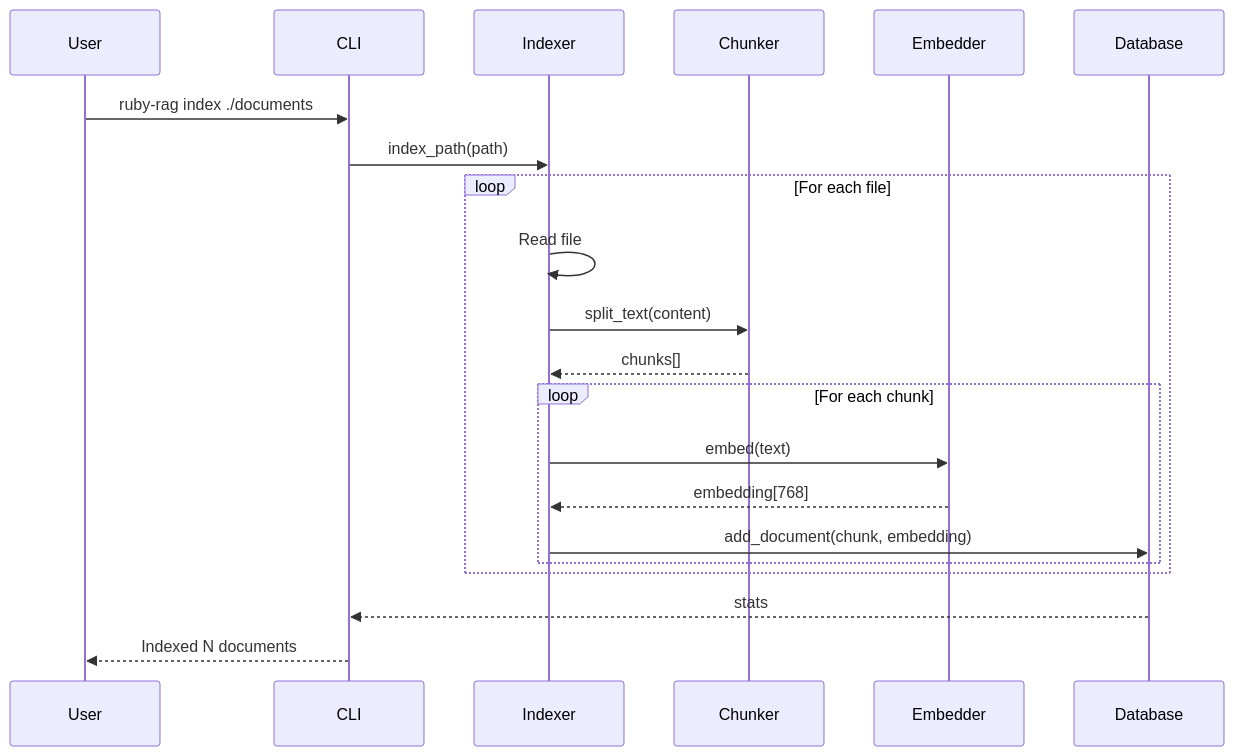
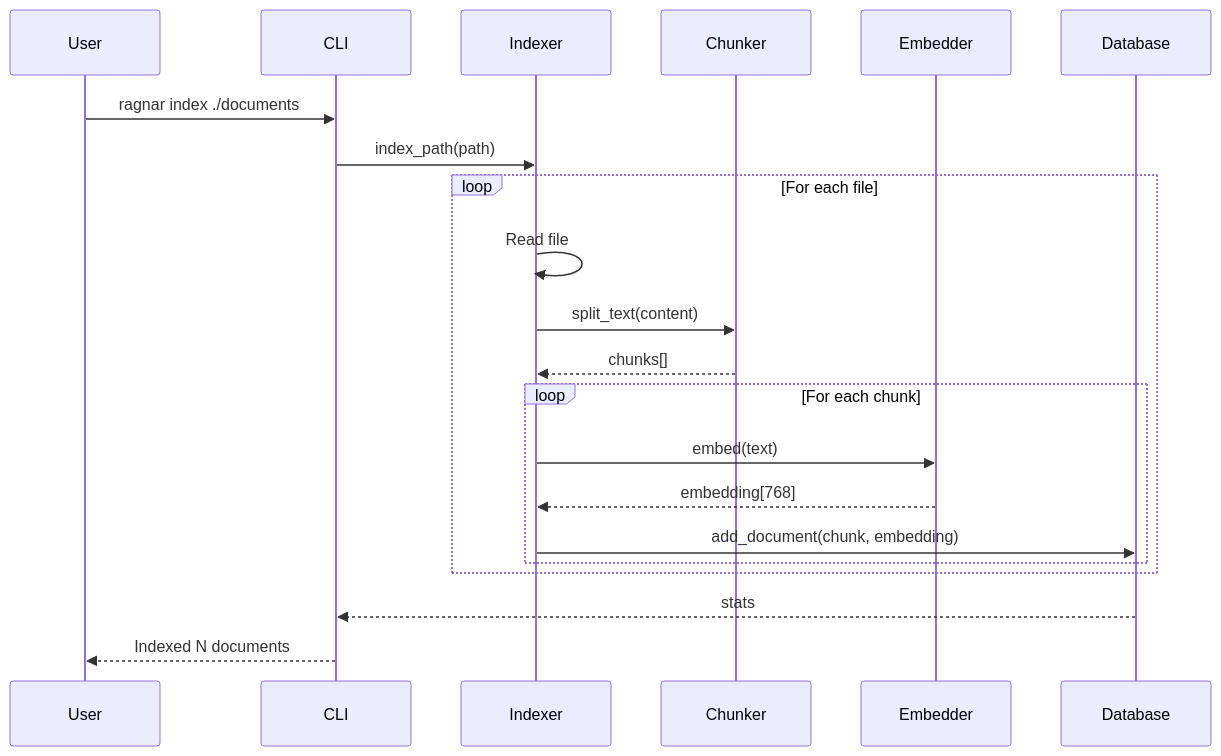
The second of 4 diagrams in README.md (scientist-labs/ragnar-cli), drawn with Mermaid before and after one commit. The commit also changed other lines of this file and 28 other files, not shown here.

````diff
--- a/README.md
+++ b/README.md
@@ -48,27 +48,27 @@
 ```mermaid
 sequenceDiagram
     participant User
     participant CLI
     participant Indexer
     participant Chunker
     participant Embedder
     participant Database
     
-    User->>CLI: ruby-rag index ./documents
+    User->>CLI: ragnar index ./documents
     CLI->>Indexer: index_path(path)
     
     loop For each file
         Indexer->>Indexer: Read file
         Indexer->>Chunker: split_text(content)
         Chunker-->>Indexer: chunks[]
         
         loop For each chunk
             Indexer->>Embedder: embed(text)
             Embedder-->>Indexer: embedding[768]
             Indexer->>Database: add_document(chunk, embedding)
         end
     end
     
     Database-->>CLI: stats
     CLI-->>User: Indexed N documents
 ```
````
